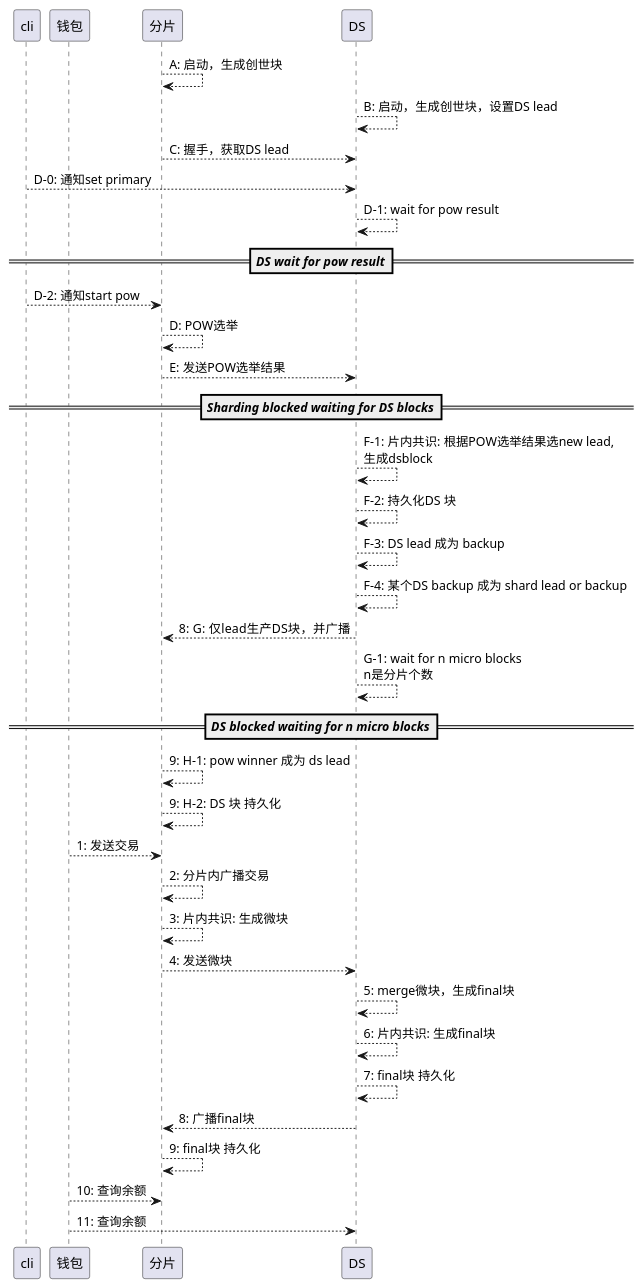
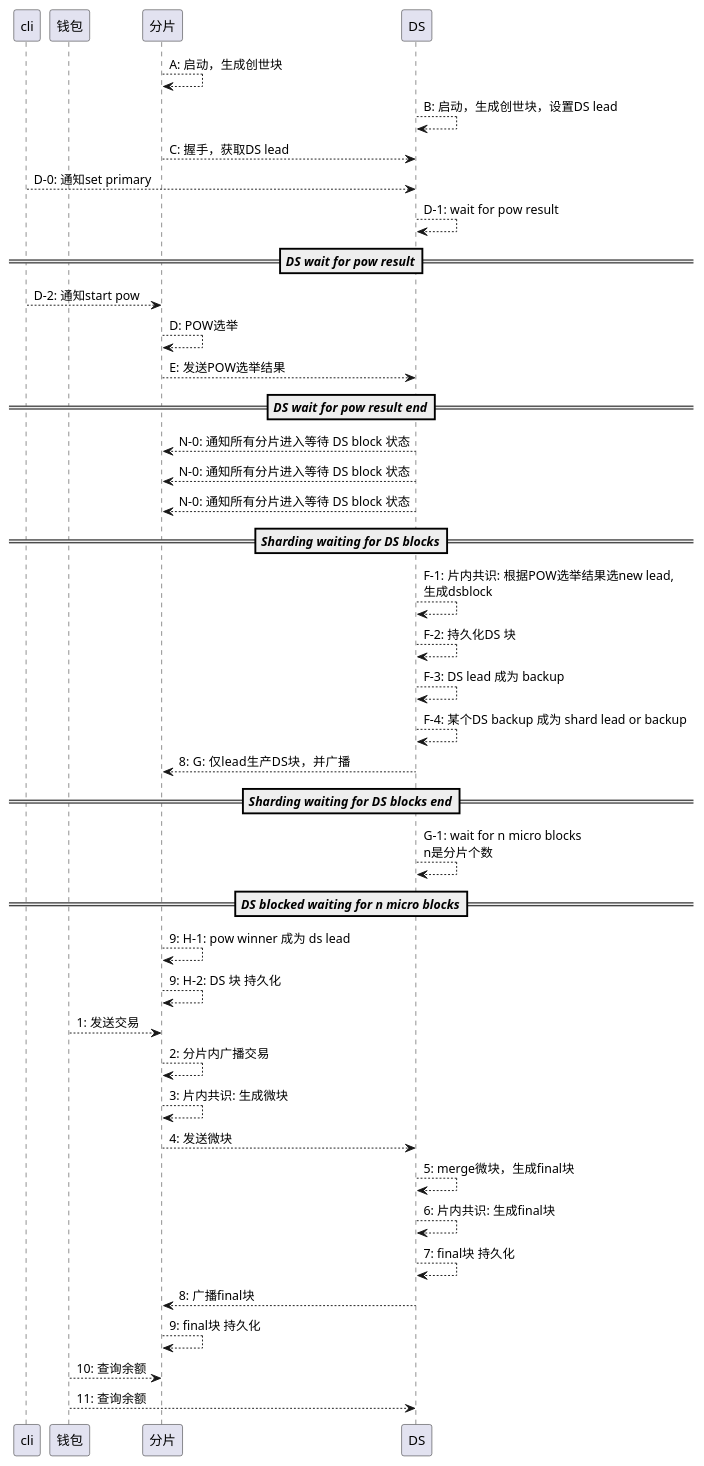
Before and after one commit to cmdpos/gaia: the diagram in uml/consensus_state_machine/overview.workflow.puml, drawn with PlantUML. The commit also changed 2 other files, not shown here.

```diff
--- a/uml/consensus_state_machine/overview.workflow.puml
+++ b/uml/consensus_state_machine/overview.workflow.puml
@@ -1,52 +1,61 @@
 @startuml
 
 
 participant cli
 
 participant 钱包
 participant 分片
 participant DS
 
 
 分片 ---> 分片:   A: 启动，生成创世块
 DS ---> DS:     B: 启动，生成创世块，设置DS lead
 分片 ---> DS:    C: 握手，获取DS lead
 
 
 cli ---> DS:     D-0: 通知set primary
 DS ---> DS:      D-1: wait for pow result
 ============DS wait for pow result==
 
 cli ---> 分片:    D-2: 通知start pow
 分片 ---> 分片:   D: POW选举
 分片 ---> DS:    E: 发送POW选举结果
-============Sharding blocked waiting for DS blocks==
+
+============DS wait for pow result end==
+
+分片 <--- DS:     N-0: 通知所有分片进入等待 DS block 状态
+分片 <--- DS:     N-0: 通知所有分片进入等待 DS block 状态
+分片 <--- DS:     N-0: 通知所有分片进入等待 DS block 状态
+
+
+============Sharding waiting for DS blocks==
 
 DS ---> DS:     F-1: 片内共识: 根据POW选举结果选new lead,\n生成dsblock
 DS ---> DS:     F-2: 持久化DS 块
 DS ---> DS:     F-3: DS lead 成为 backup
 DS ---> DS:     F-4: 某个DS backup 成为 shard lead or backup
 DS ---> 分片:8:  G: 仅lead生产DS块，并广播
+============Sharding waiting for DS blocks end==
 
 DS ---> DS:     G-1: wait for n micro blocks\nn是分片个数
 ============DS blocked waiting for n micro blocks==
 
 分片 ---> 分片:9: H-1: pow winner 成为 ds lead
 分片 ---> 分片:9: H-2: DS 块 持久化
 
 
 钱包 ---> 分片: 1: 发送交易
 分片 ---> 分片: 2: 分片内广播交易
 分片 ---> 分片: 3: 片内共识: 生成微块
 分片 ---> DS:  4: 发送微块
 
 
 DS ---> DS:   5: merge微块，生成final块
 DS ---> DS:   6: 片内共识: 生成final块
 DS ---> DS:   7: final块 持久化
 DS ---> 分片:  8: 广播final块
 分片 ---> 分片: 9: final块 持久化
 钱包 ---> 分片:10: 查询余额
 钱包 ---> DS: 11: 查询余额
 
 @enduml
```
